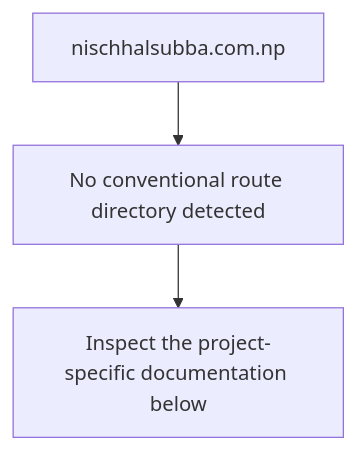
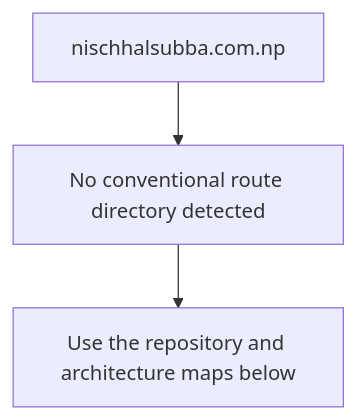
Before and after one commit to Nischhalsubba/nischhalsubba.com.np: the second of 5 diagrams in README.md, drawn with Mermaid. The commit also changed other lines of this file, not shown here.

````diff
--- a/README.md
+++ b/README.md
@@ -51,6 +87,6 @@
 ```mermaid
 flowchart TD
     APP["nischhalsubba.com.np"]
     APP --> SOURCE["No conventional route directory detected"]
-    SOURCE --> VERIFY["Inspect the project-specific documentation below"]
+    SOURCE --> GUIDE["Use the repository and architecture maps below"]
 ```
````
